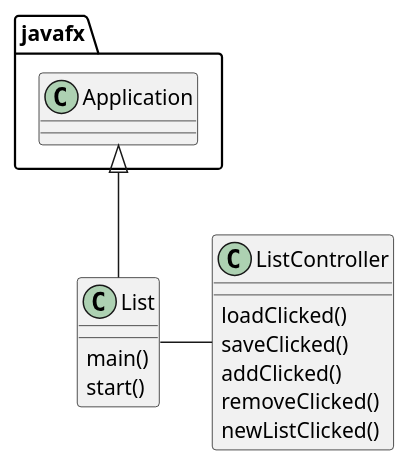
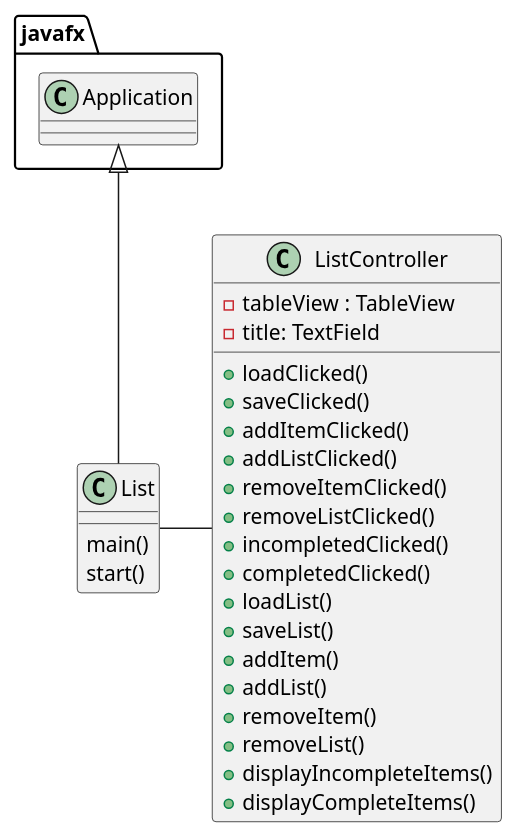
Before and after one commit to lcorona26/corona-cop3330-assignment4: the diagram in uml/Classes.puml, drawn with PlantUML. The commit also changed 10 other files, not shown here.

```diff
--- a/uml/Classes.puml
+++ b/uml/Classes.puml
@@ -1,24 +1,38 @@
 @startuml
+
 'https://plantuml.com/class-diagram
 
 class List{
     main()
     start()
 }
 
 class ListController{
 
+    -tableView : TableView
+    -title: TextField
 
-    loadClicked()
-    saveClicked()
-    addClicked()
-    removeClicked()
-    newListClicked()
-
+    + loadClicked()
+    + saveClicked()
+    + addItemClicked()
+    + addListClicked()
+    + removeItemClicked()
+    + removeListClicked()
+    + incompletedClicked()
+    + completedClicked()
+    + loadList()
+    + saveList()
+    + addItem()
+    + addList()
+    + removeItem()
+    + removeList()
+    + displayIncompleteItems()
+    + displayCompleteItems()
 }
 
 
 javafx.Application <|-- List
 
 List - ListController
+
 @enduml
```
